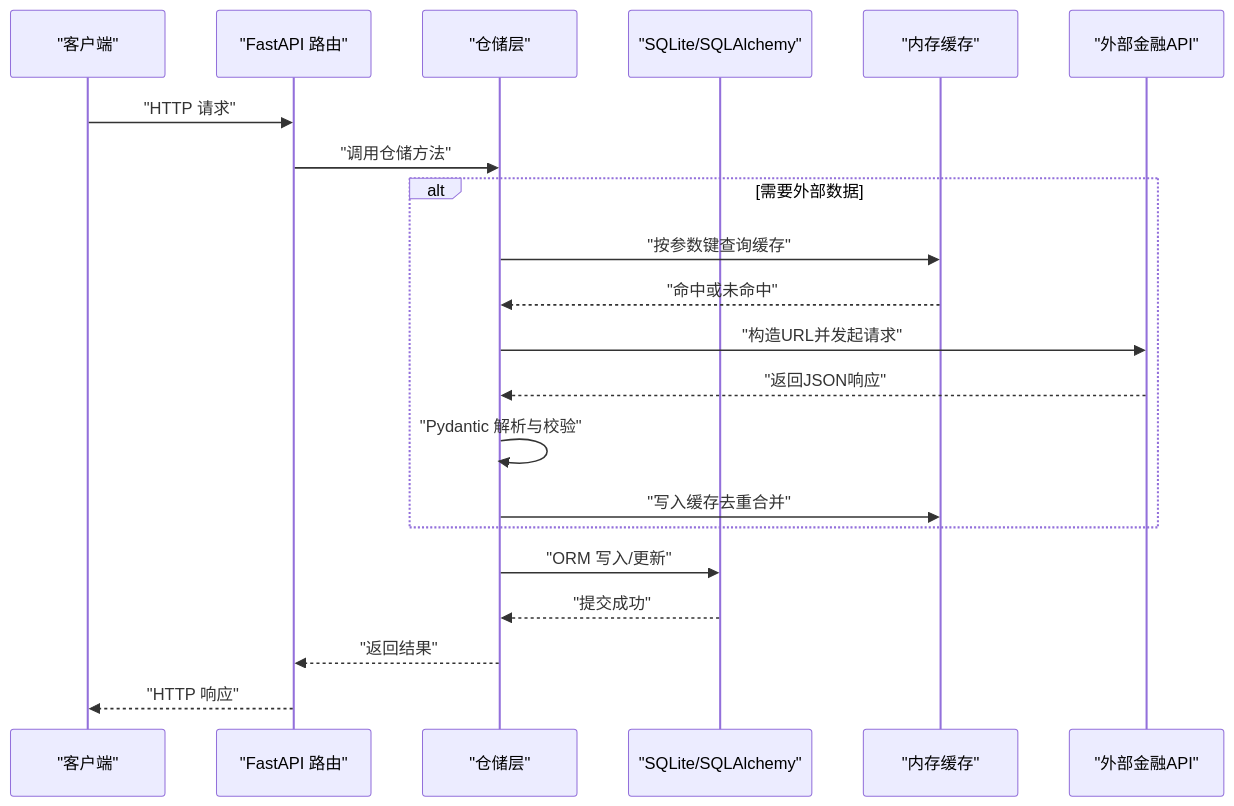
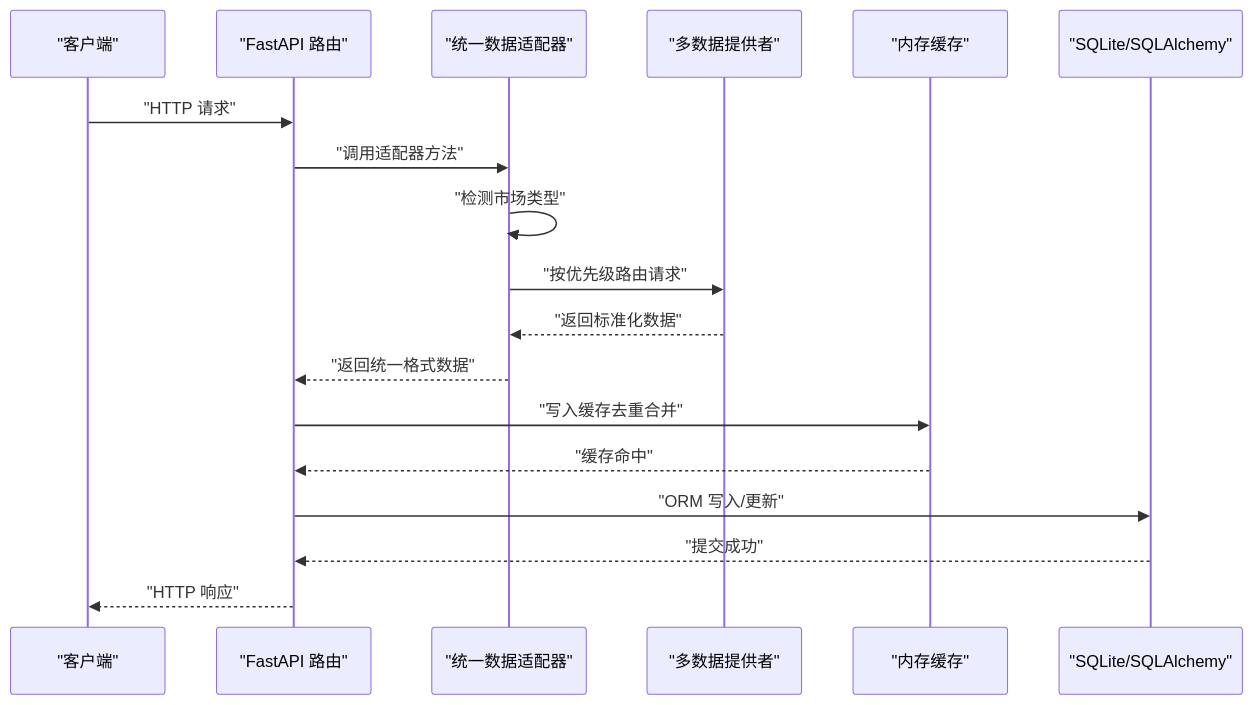
The second of 7 diagrams in .qoder/repowiki/zh/content/数据管理/数据管理.md (lichen14-hash/ai-hedge-fund), drawn with Mermaid before and after one commit. The commit also changed other lines of this file and 11 other files, not shown here.

````diff
--- a/.qoder/repowiki/zh/content/数据管理/数据管理.md
+++ b/.qoder/repowiki/zh/content/数据管理/数据管理.md
@@ -77,23 +100,20 @@
 ```mermaid
 sequenceDiagram
 participant Client as "客户端"
 participant API as "FastAPI 路由"
-participant Repo as "仓储层"
+participant Adapter as "统一数据适配器"
+participant Providers as "多数据提供者"
+participant Cache as "内存缓存"
 participant DB as "SQLite/SQLAlchemy"
-participant Cache as "内存缓存"
-participant Ext as "外部金融API"
 Client->>API : "HTTP 请求"
-API->>Repo : "调用仓储方法"
-alt 需要外部数据
-Repo->>Cache : "按参数键查询缓存"
-Cache-->>Repo : "命中或未命中"
-Repo->>Ext : "构造URL并发起请求"
-Ext-->>Repo : "返回JSON响应"
-Repo->>Repo : "Pydantic 解析与校验"
-Repo->>Cache : "写入缓存去重合并"
-end
-Repo->>DB : "ORM 写入/更新"
-DB-->>Repo : "提交成功"
-Repo-->>API : "返回结果"
+API->>Adapter : "调用适配器方法"
+Adapter->>Adapter : "检测市场类型"
+Adapter->>Providers : "按优先级路由请求"
+Providers-->>Adapter : "返回标准化数据"
+Adapter-->>API : "返回统一格式数据"
+API->>Cache : "写入缓存去重合并"
+Cache-->>API : "缓存命中"
+API->>DB : "ORM 写入/更新"
+DB-->>API : "提交成功"
 API-->>Client : "HTTP 响应"
 ```
````
